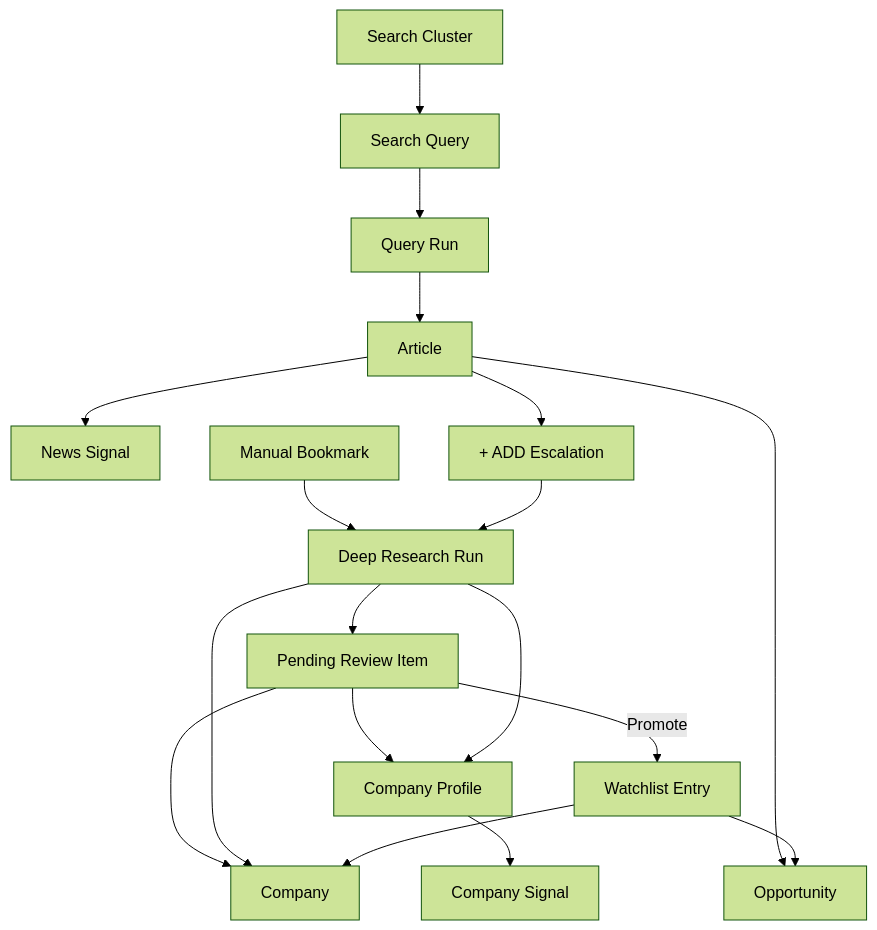
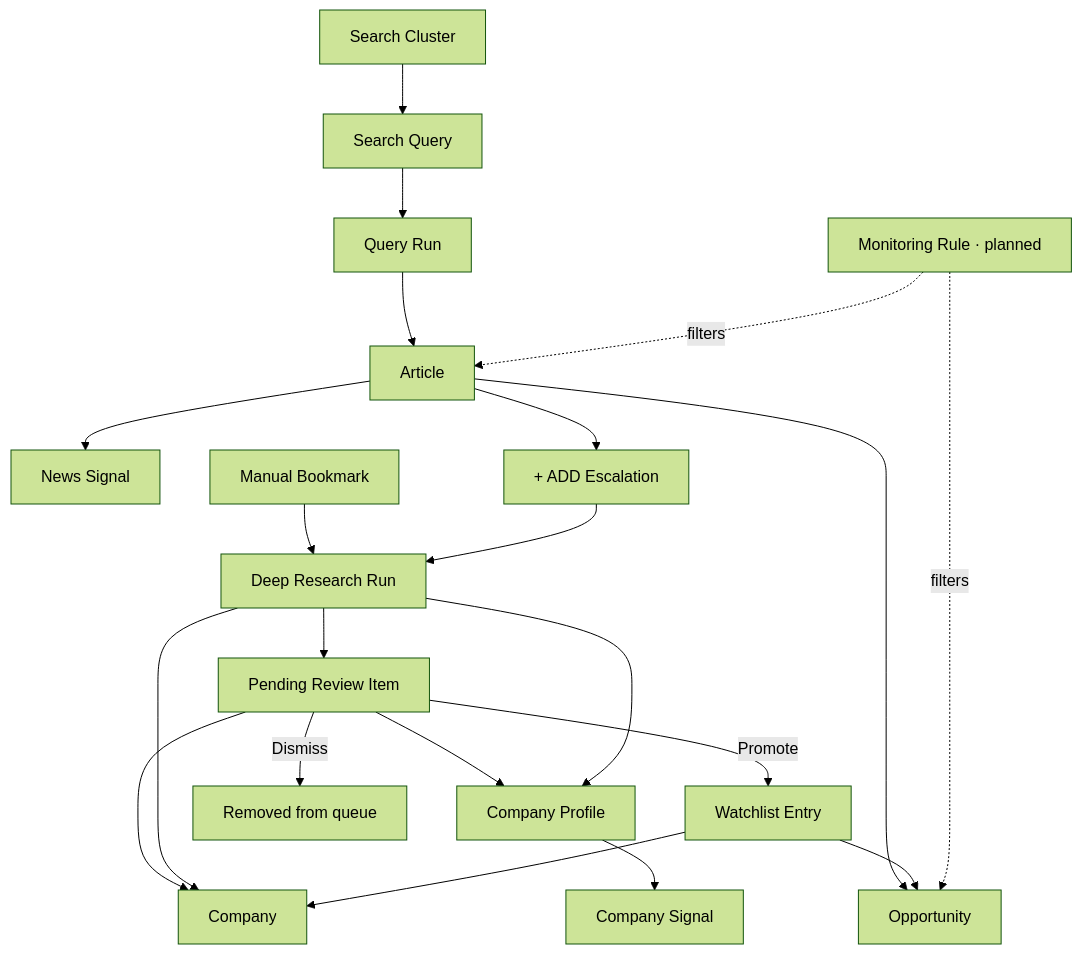
One commit to Growth-Maschine/NORAD-INTEL-ENGINE-V1 changed the fifth of 7 diagrams in docs/phase-1/P1-03.md. Above: the diagram before and after it, drawn with Mermaid (forest theme). The commit also changed other lines of this file and 9 other files, not shown here.

````diff
--- a/docs/phase-1/P1-03.md
+++ b/docs/phase-1/P1-03.md
@@ -237,35 +313,38 @@
 ```mermaid
 flowchart TD
     SC[Search Cluster]
     SQ[Search Query]
     QR[Query Run]
     ART[Article]
     NS[News Signal]
     ADD[+ ADD Escalation]
     MB[Manual Bookmark]
     DRR[Deep Research Run]
     PR[Pending Review Item]
     CO[Company]
     CP[Company Profile]
     CS[Company Signal]
     WL[Watchlist Entry]
     OPP[Opportunity]
 
     SC --> SQ
     SQ --> QR
     QR --> ART
     ART --> NS
     ART --> ADD
     MB --> DRR
     ADD --> DRR
     DRR --> PR
     PR --> CO
     PR --> CP
     DRR --> CO
     DRR --> CP
     CP --> CS
     PR -->|Promote| WL
+    PR -->|Dismiss| X[Removed from queue]
     WL --> CO
     ART --> OPP
     WL --> OPP
+    MR[Monitoring Rule · planned] -.->|filters| ART
+    MR -.->|filters| OPP
 ```
````
